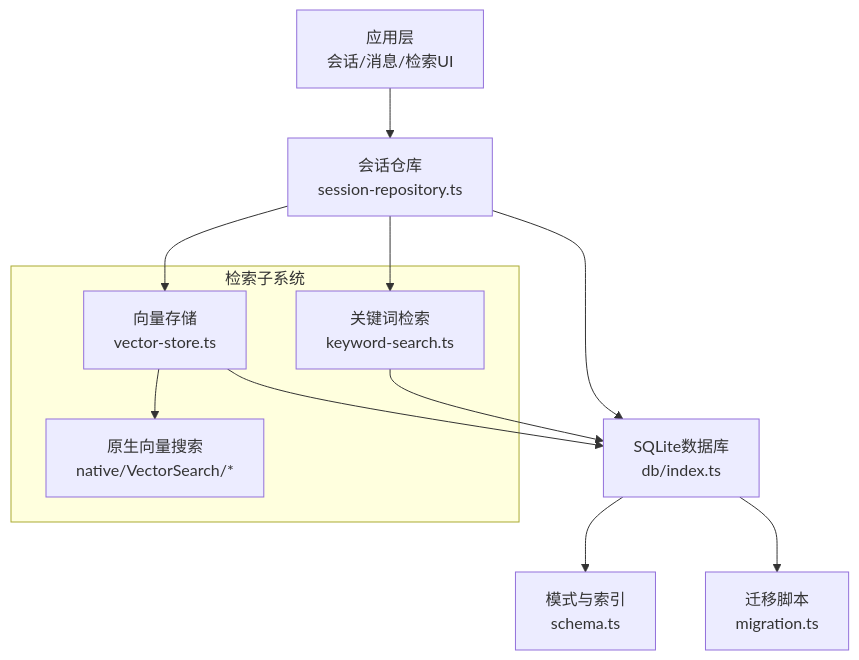
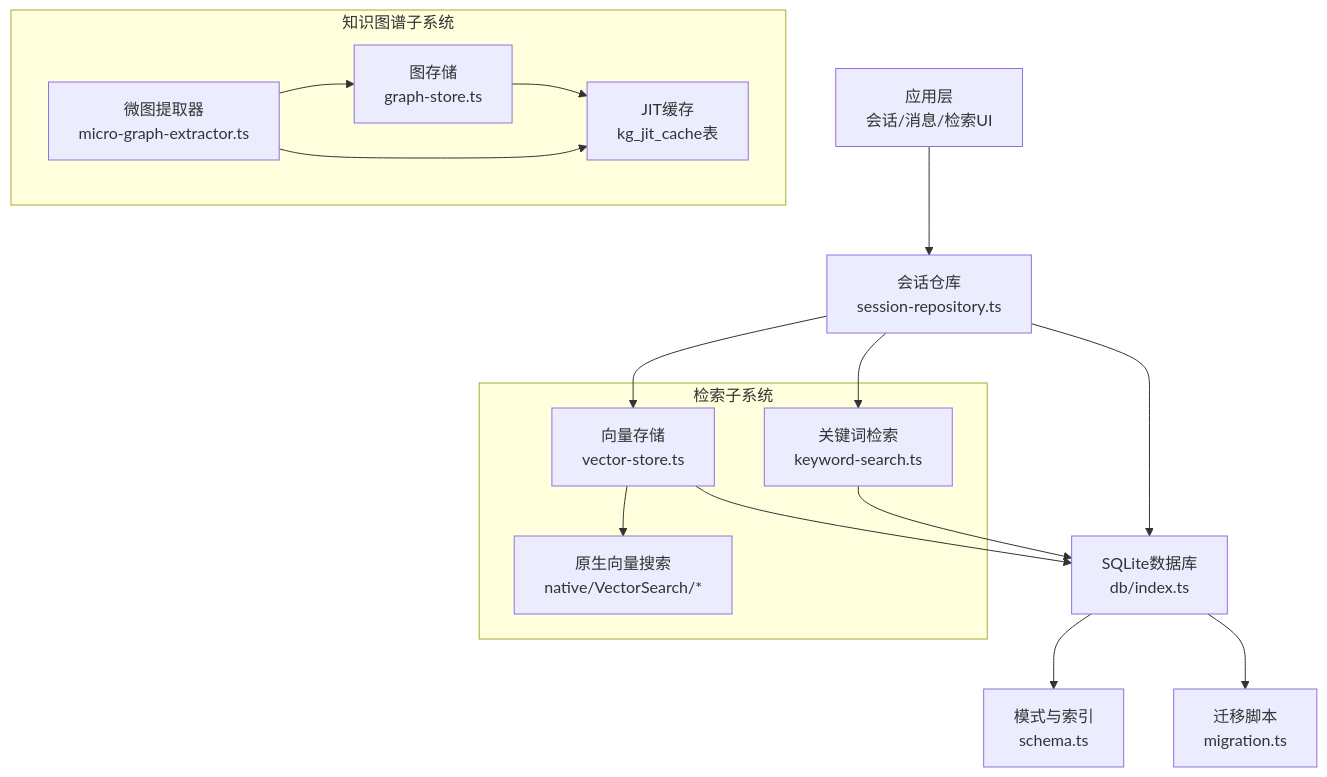
The second of 6 diagrams in .qoder/repowiki/zh/content/数据库设计/数据库设计.md (NarcisWL/Nexara), drawn with Mermaid before and after one commit. The commit also changed other lines of this file and 6 other files, not shown here.

````diff
--- a/.qoder/repowiki/zh/content/数据库设计/数据库设计.md
+++ b/.qoder/repowiki/zh/content/数据库设计/数据库设计.md
@@ -120,17 +146,25 @@
 ```mermaid
 graph TB
 Client["应用层<br/>会话/消息/检索UI"] --> Repo["会话仓库<br/>session-repository.ts"]
 Repo --> DB["SQLite数据库<br/>db/index.ts"]
 DB --> Schema["模式与索引<br/>schema.ts"]
 DB --> Migr["迁移脚本<br/>migration.ts"]
 subgraph "检索子系统"
 VS["向量存储<br/>vector-store.ts"]
 KS["关键词检索<br/>keyword-search.ts"]
 NV["原生向量搜索<br/>native/VectorSearch/*"]
 end
+subgraph "知识图谱子系统"
+GS["图存储<br/>graph-store.ts"]
+MG["微图提取器<br/>micro-graph-extractor.ts"]
+JC["JIT缓存<br/>kg_jit_cache表"]
+end
 Repo --> VS
 Repo --> KS
 VS --> NV
 VS --> DB
 KS --> DB
+GS --> JC
+MG --> GS
+MG --> JC
 ```
````
